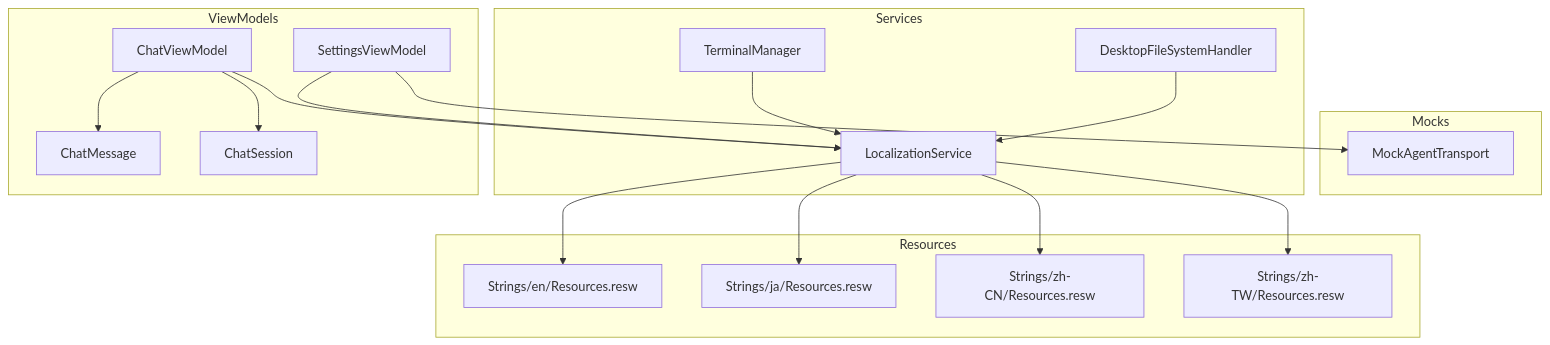
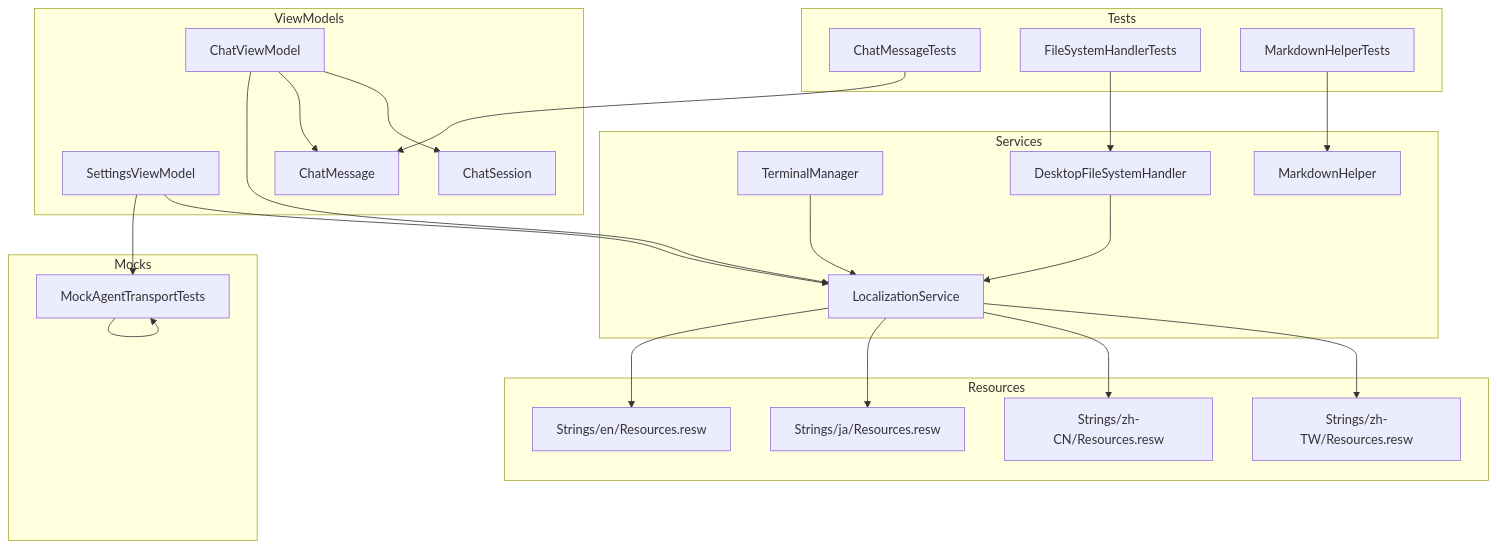
Before and after one commit to AgenticDesktop/App: the first of 9 diagrams in .qoder/repowiki/en/content/Development Tools.md, drawn with Mermaid. The commit also changed other lines of this file and 108 other files, not shown here.

````diff
--- a/.qoder/repowiki/en/content/Development Tools.md
+++ b/.qoder/repowiki/en/content/Development Tools.md
@@ -47,34 +63,45 @@
 ```mermaid
 graph TB
 subgraph "Mocks"
 MAT["MockAgentTransport"]
 end
 subgraph "Services"
 LS["LocalizationService"]
 TM["TerminalManager"]
 FSH["DesktopFileSystemHandler"]
+MH["MarkdownHelper"]
 end
 subgraph "ViewModels"
 SVM["SettingsViewModel"]
 CVM["ChatViewModel"]
 CM["ChatMessage"]
 CS["ChatSession"]
 end
 subgraph "Resources"
 RES_EN["Strings/en/Resources.resw"]
 RES_JA["Strings/ja/Resources.resw"]
 RES_ZH_CN["Strings/zh-CN/Resources.resw"]
 RES_ZH_TW["Strings/zh-TW/Resources.resw"]
 end
+subgraph "Tests"
+CMT["ChatMessageTests"]
+FHT["FileSystemHandlerTests"]
+MHT["MarkdownHelperTests"]
+MAT["MockAgentTransportTests"]
+end
 SVM --> MAT
 SVM --> LS
 CVM --> LS
 CVM --> CM
 CVM --> CS
 FSH --> LS
 TM --> LS
 LS --> RES_EN
 LS --> RES_JA
 LS --> RES_ZH_CN
 LS --> RES_ZH_TW
+CMT --> CM
+FHT --> FSH
+MHT --> MH
+MAT --> MAT
 ```
````
